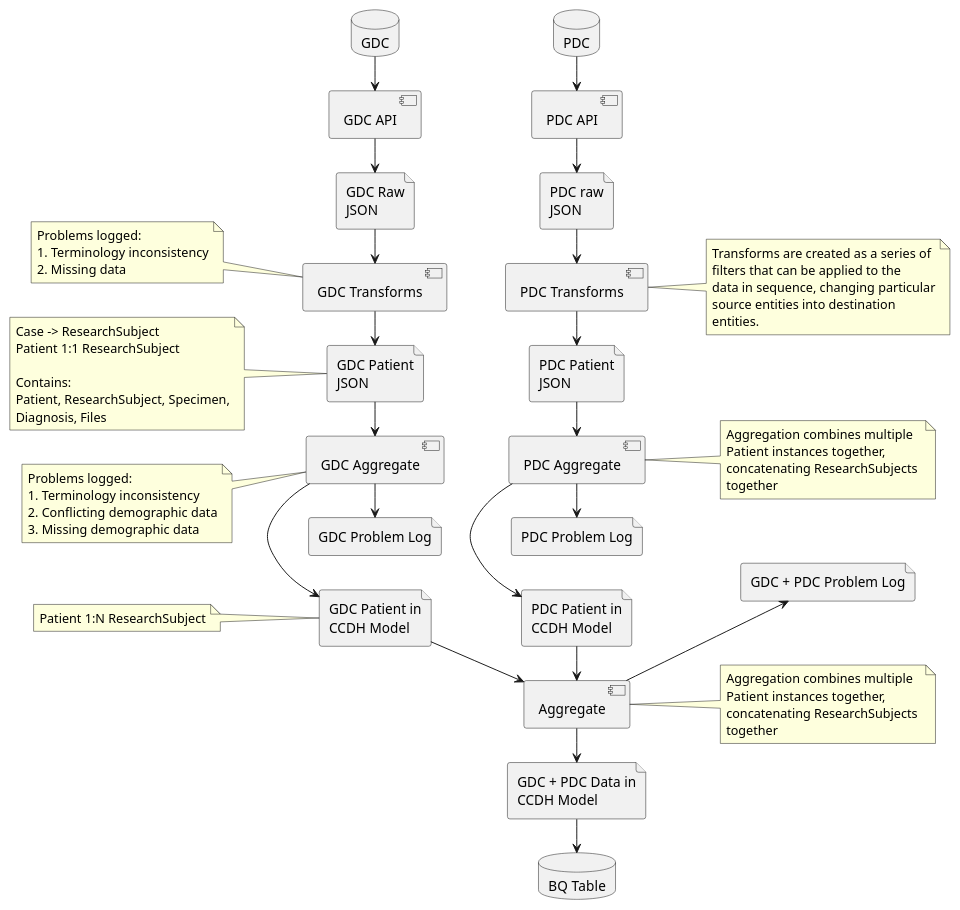
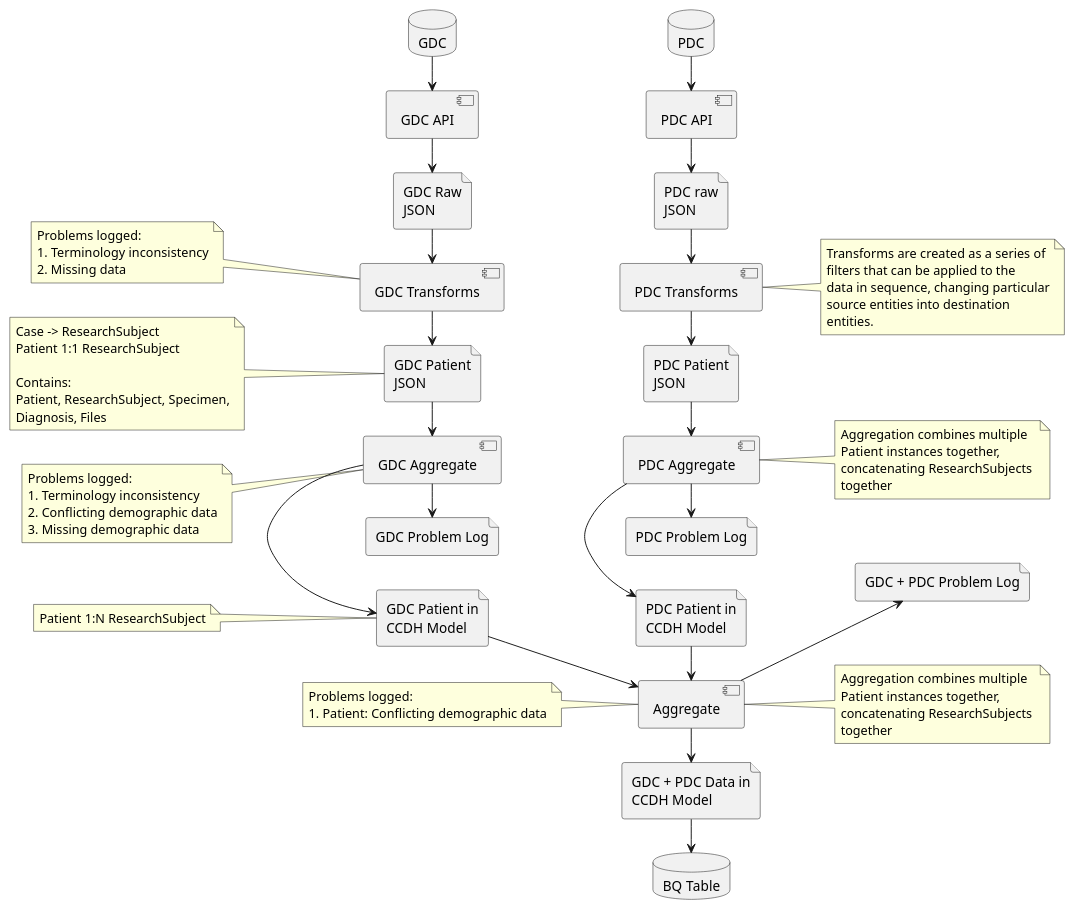
The diagram in flow.puml (CancerDataAggregator/transform), drawn with PlantUML before and after one commit. The commit also changed 1 other file, not shown here.

```diff
--- a/flow.puml
+++ b/flow.puml
@@ -1,104 +1,108 @@
 @startuml overallflow
 
 left to right direction
 
 database GDC
 component "GDC API" as gdc_api
 file "GDC Raw\nJSON" as raw_gdc_json
 component "GDC Transforms" as gdc_xform
 note left
 Problems logged:
 1. Terminology inconsistency
 2. Missing data
 end note
 file "GDC Patient\nJSON" as gdc_patient_json
 note left
 Case -> ResearchSubject
 Patient 1:1 ResearchSubject
 
 Contains:
 Patient, ResearchSubject, Specimen,
 Diagnosis, Files
 end note
 component "GDC Aggregate" as gdc_aggregate
 note left
 Problems logged:
 1. Terminology inconsistency
 2. Conflicting demographic data
 3. Missing demographic data
 end note
 file "GDC Patient in\nCCDH Model" as gdc_cda_model
 note left
 Patient 1:N ResearchSubject
 end note
 
 file "GDC Problem Log" as gdc_problem_log
 
 GDC -> gdc_api 
 gdc_api -> raw_gdc_json
 raw_gdc_json -> gdc_xform 
 gdc_xform -> gdc_patient_json
 gdc_patient_json -> gdc_aggregate
 gdc_aggregate -> gdc_cda_model
 
 gdc_aggregate -> gdc_problem_log
 
 database PDC
 component "PDC API" as pdc_api
 file "PDC raw\nJSON" as raw_pdc_json
 component "PDC Transforms" as pdc_xform
 note right
 Transforms are created as a series of
 filters that can be applied to the
 data in sequence, changing particular
 source entities into destination
 entities.
 end note
 file "PDC Patient\nJSON" as pdc_patient_json
 component "PDC Aggregate" as pdc_aggregate
 note right
 Aggregation combines multiple
 Patient instances together, 
 concatenating ResearchSubjects 
 together
 end note
 file "PDC Patient in\nCCDH Model" as pdc_cda_model
 
 file "PDC Problem Log" as pdc_problem_log
 
 PDC -> pdc_api 
 pdc_api -> raw_pdc_json
 raw_pdc_json -> pdc_xform 
 pdc_xform -> pdc_patient_json
 pdc_patient_json -> pdc_aggregate
 pdc_aggregate -> pdc_cda_model
 
 pdc_aggregate -> pdc_problem_log
 
 component "Aggregate" as Merge
-note right
+note left of Merge
+Problems logged:
+1. Patient: Conflicting demographic data
+end note
+note right of Merge
 Aggregation combines multiple
 Patient instances together, 
 concatenating ResearchSubjects 
 together
 end note
 gdc_cda_model -> Merge
 pdc_cda_model -> Merge
 
 file "GDC + PDC Problem Log" as merge_problem_log
 
 Merge -> merge_problem_log
 
 file "GDC + PDC Data in\nCCDH Model" as ccdh_model
 Merge -> ccdh_model 
 
 database "BQ Table" as bq
 ccdh_model -> bq
 
 ' Needed for aligning the diagram
 GDC --[hidden]> PDC
 gdc_cda_model --[hidden]> pdc_cda_model
 gdc_problem_log --[hidden]> pdc_problem_log
 pdc_problem_log --[hidden]> merge_problem_log
 
 @enduml
```
